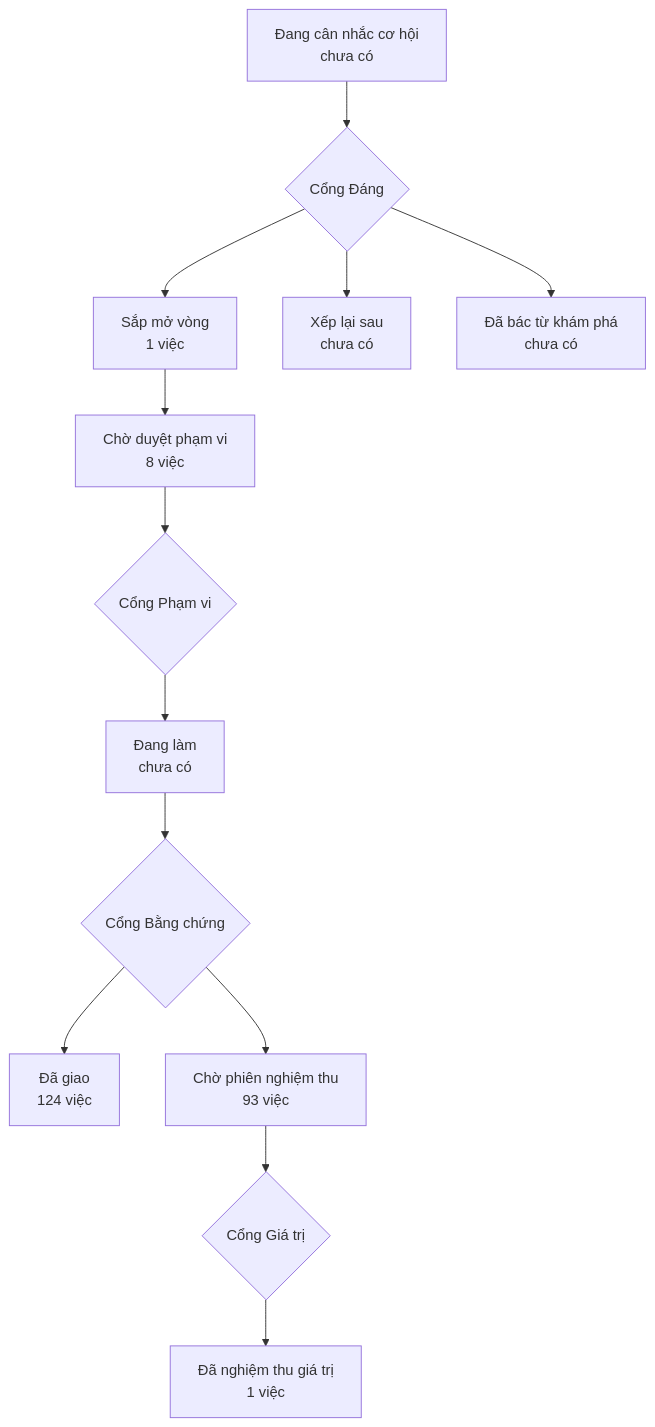
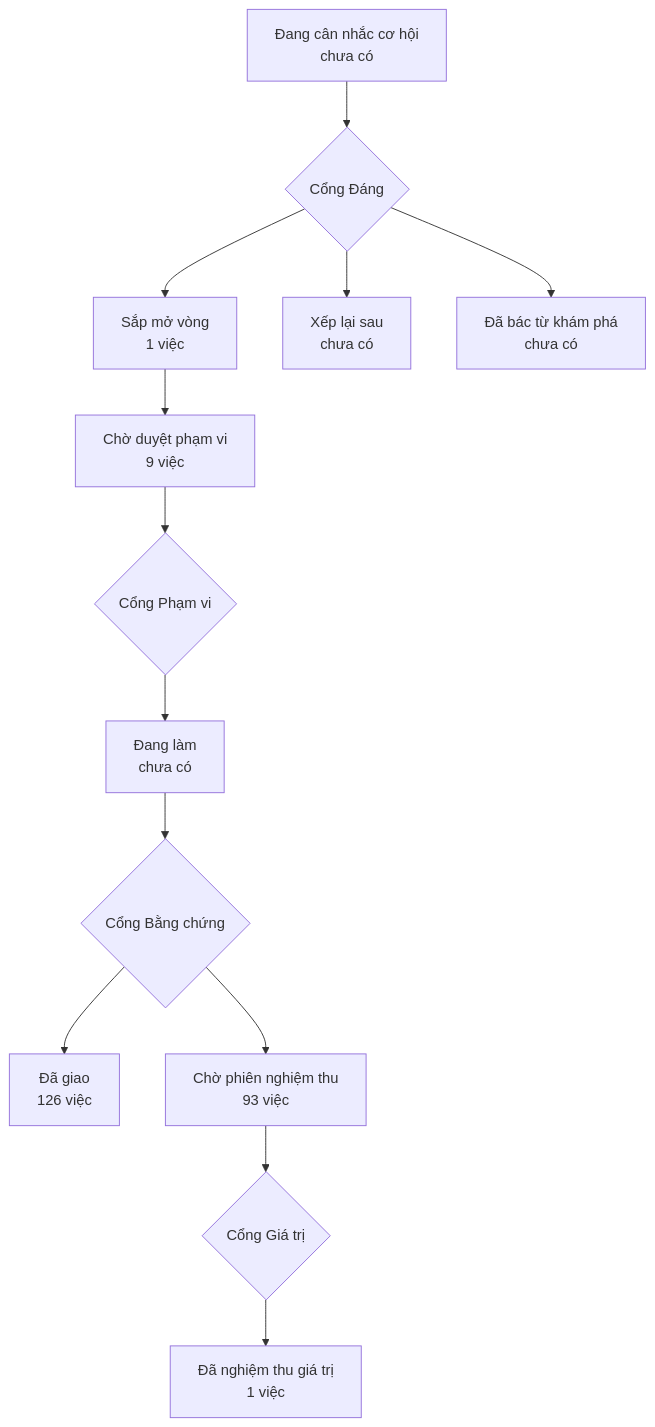
Before and after one commit to phanlemanh/onehub-invest: the diagram in PRODUCT-MAP.md, drawn with Mermaid. The commit also changed other lines of this file and 1 other file, not shown here.

Commit message:
chore(can-gia-tot): vẽ lại bản đồ sau khi gộp main

````diff
--- a/PRODUCT-MAP.md
+++ b/PRODUCT-MAP.md
@@ -7,12 +7,12 @@
 ```mermaid
 flowchart TD
   A["Đang cân nhắc cơ hội<br/>chưa có"] --> GD{"Cổng Đáng"}
   GD --> B["Sắp mở vòng<br/>1 việc"]
   GD --> XL["Xếp lại sau<br/>chưa có"]
   GD --> DB["Đã bác từ khám phá<br/>chưa có"]
-  B --> CD["Chờ duyệt phạm vi<br/>8 việc"] --> GP{"Cổng Phạm vi"}
+  B --> CD["Chờ duyệt phạm vi<br/>9 việc"] --> GP{"Cổng Phạm vi"}
   GP --> DL["Đang làm<br/>chưa có"] --> GB{"Cổng Bằng chứng"}
-  GB --> DG["Đã giao<br/>124 việc"]
+  GB --> DG["Đã giao<br/>126 việc"]
   GB --> CN["Chờ phiên nghiệm thu<br/>93 việc"] --> GG{"Cổng Giá trị"}
   GG --> NT["Đã nghiệm thu giá trị<br/>1 việc"]
 ```
````
